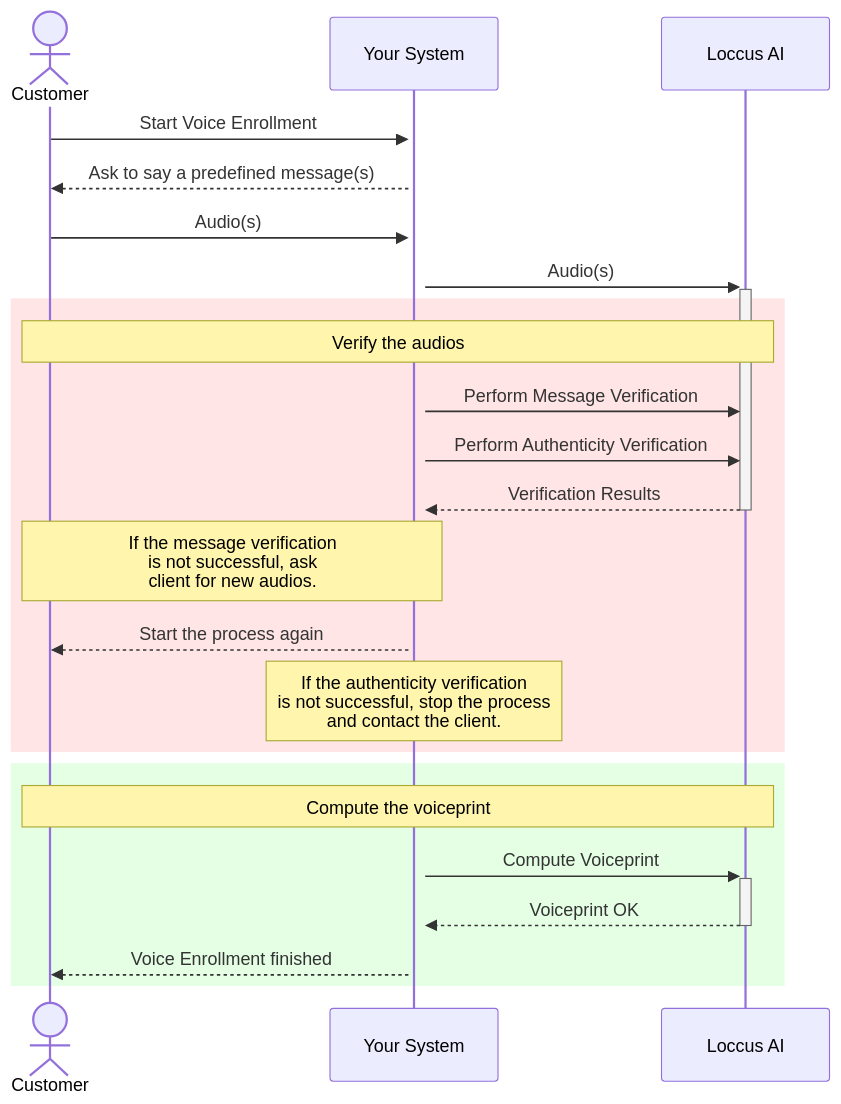
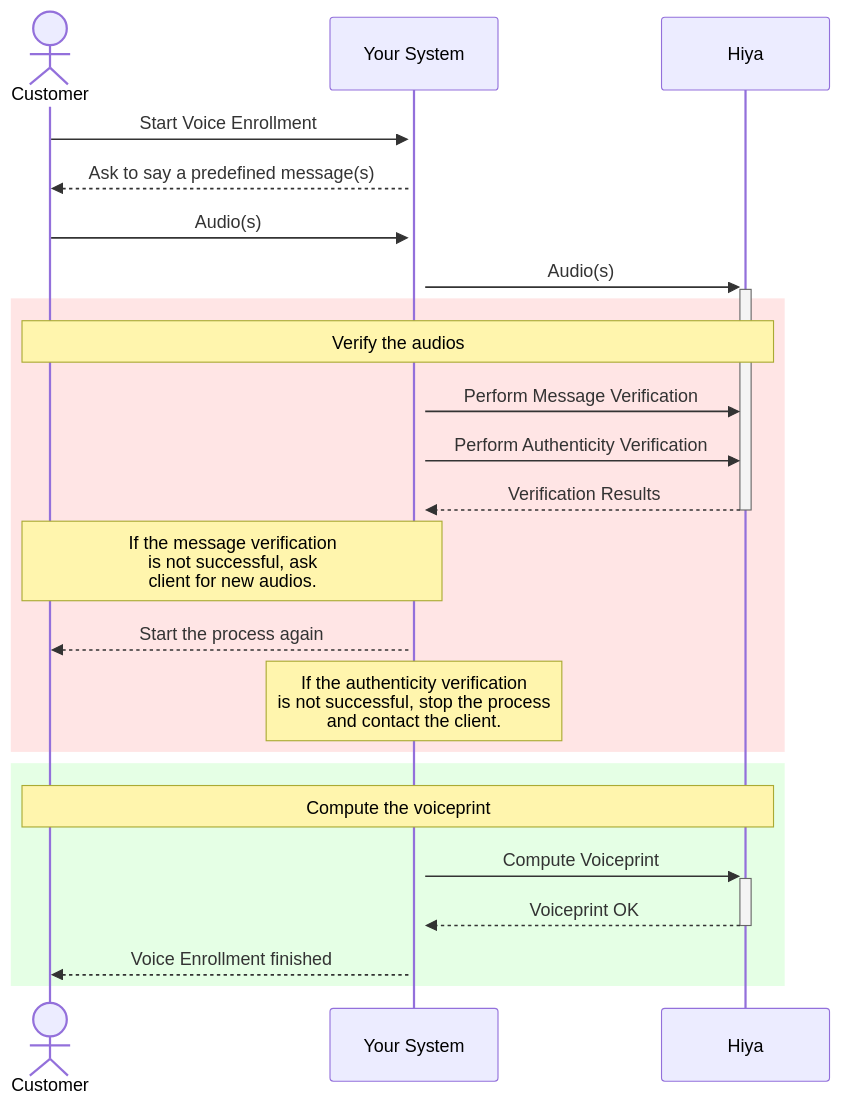
The first of 3 diagrams in use-cases/identity/basic-identity-use-case.mdx (Victor-Hiya/docs), drawn with Mermaid before and after one commit. The commit also changed other lines of this file and 19 other files, not shown here.

````diff
--- a/use-cases/identity/basic-identity-use-case.mdx
+++ b/use-cases/identity/basic-identity-use-case.mdx
@@ -19,23 +19,23 @@
 ```mermaid
 sequenceDiagram
     actor Customer
     Customer->>+Your System: Start Voice Enrollment
     Your System-->>Customer: Ask to say a predefined message(s)
     Customer->>+Your System: Audio(s)
-    Your System->>+Loccus AI: Audio(s)
+    Your System->>+Hiya: Audio(s)
     rect rgba(255, 0, 0, .1)
-    note over Customer, Loccus AI: Verify the audios
-    Your System->>Loccus AI: Perform Message Verification
-    Your System->>Loccus AI: Perform Authenticity Verification
-    Loccus AI-->>-Your System: Verification Results
+    note over Customer, Hiya: Verify the audios
+    Your System->>Hiya: Perform Message Verification
+    Your System->>Hiya: Perform Authenticity Verification
+    Hiya-->>-Your System: Verification Results
     Note over Customer,Your System: If the message verification <br> is not successful, ask <br>client for new audios.
     Your System-->>Customer: Start the process again
     Note over Your System: If the authenticity verification <br> is not successful, stop the process<br> and contact the client.
     end
     rect rgba(0, 255, 0, .1)
-    note over Customer, Loccus AI: Compute the voiceprint
-    Your System->>+Loccus AI: Compute Voiceprint
-    Loccus AI-->>-Your System: Voiceprint OK
+    note over Customer, Hiya: Compute the voiceprint
+    Your System->>+Hiya: Compute Voiceprint
+    Hiya-->>-Your System: Voiceprint OK
     Your System-->>Customer: Voice Enrollment finished
     end
 ```
````
